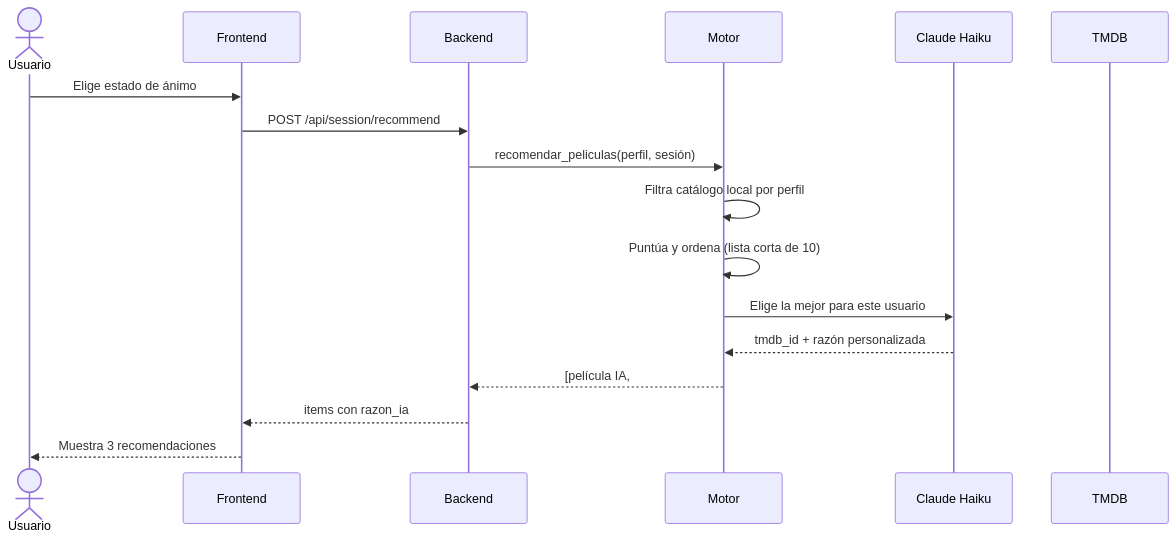
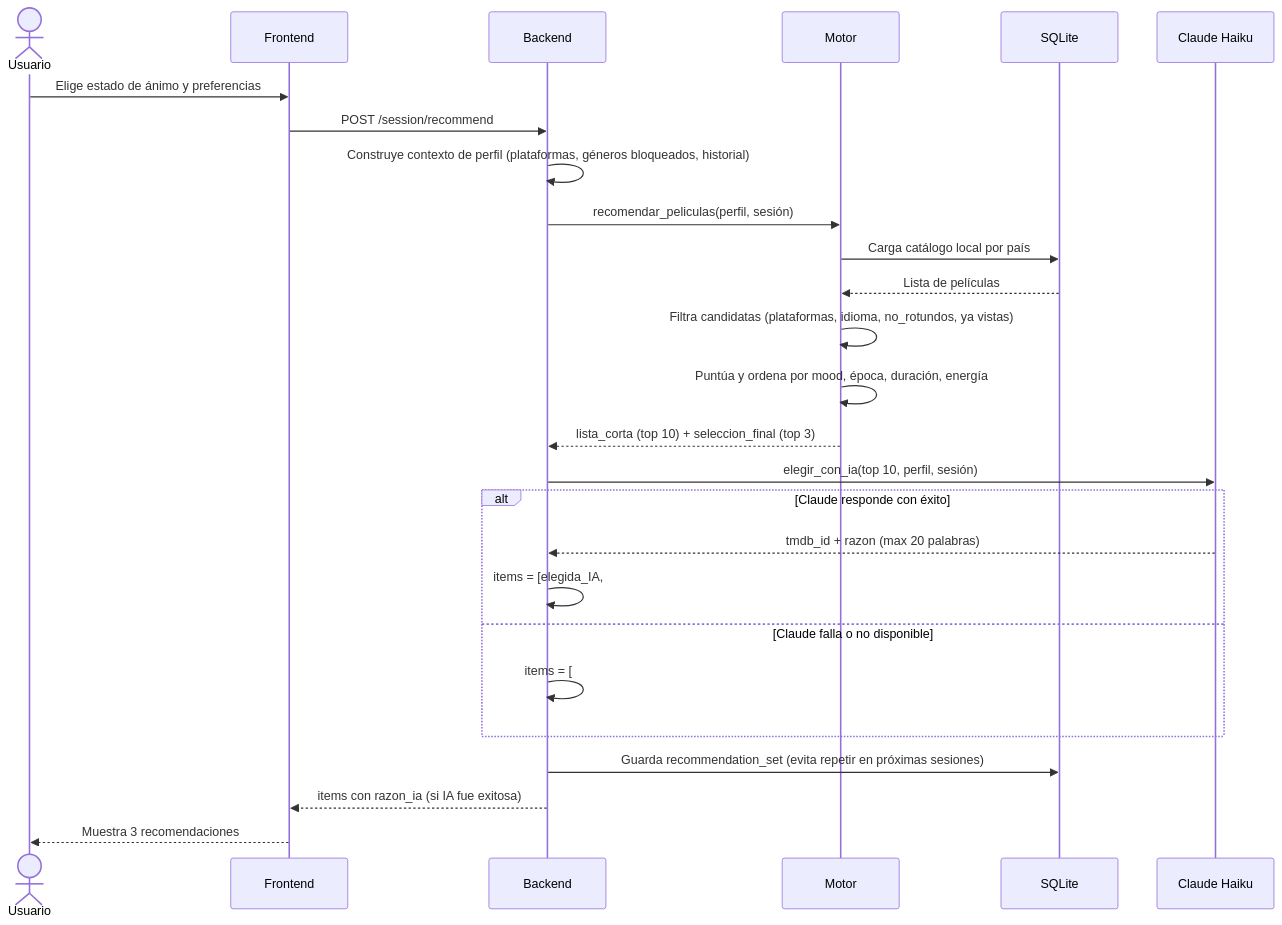
The second of 2 diagrams in README.md (riverohj/moodfix), drawn with Mermaid before and after one commit. The commit also changed other lines of this file, not shown here.

Commit message:
docs: corregir flujo de recomendación — TMDB es catálogo local, añadir fallback IA y guardado de sets

````diff
--- a/README.md
+++ b/README.md
@@ -81,20 +81,29 @@
 ```mermaid
 sequenceDiagram
     actor Usuario
     participant Frontend
     participant Backend
     participant Motor
+    participant SQLite
     participant Claude as Claude Haiku
-    participant TMDB
 
-    Usuario->>Frontend: Elige estado de ánimo
-    Frontend->>Backend: POST /api/session/recommend
+    Usuario->>Frontend: Elige estado de ánimo y preferencias
+    Frontend->>Backend: POST /session/recommend
+    Backend->>Backend: Construye contexto de perfil (plataformas, géneros bloqueados, historial)
     Backend->>Motor: recomendar_peliculas(perfil, sesión)
-    Motor->>Motor: Filtra catálogo local por perfil
-    Motor->>Motor: Puntúa y ordena (lista corta de 10)
-    Motor->>Claude: Elige la mejor para este usuario
-    Claude-->>Motor: tmdb_id + razón personalizada
-    Motor-->>Backend: [película IA, #2, #3]
-    Backend-->>Frontend: items con razon_ia
+    Motor->>SQLite: Carga catálogo local por país
+    SQLite-->>Motor: Lista de películas
+    Motor->>Motor: Filtra candidatas (plataformas, idioma, no_rotundos, ya vistas)
+    Motor->>Motor: Puntúa y ordena por mood, época, duración, energía
+    Motor-->>Backend: lista_corta (top 10) + seleccion_final (top 3)
+    Backend->>Claude: elegir_con_ia(top 10, perfil, sesión)
+    alt Claude responde con éxito
+        Claude-->>Backend: tmdb_id + razon (max 20 palabras)
+        Backend->>Backend: items = [elegida_IA, #2_motor, #3_motor]
+    else Claude falla o no disponible
+        Backend->>Backend: items = [#1_motor, #2_motor, #3_motor]
+    end
+    Backend->>SQLite: Guarda recommendation_set (evita repetir en próximas sesiones)
+    Backend-->>Frontend: items con razon_ia (si IA fue exitosa)
     Frontend-->>Usuario: Muestra 3 recomendaciones
 ```
````
